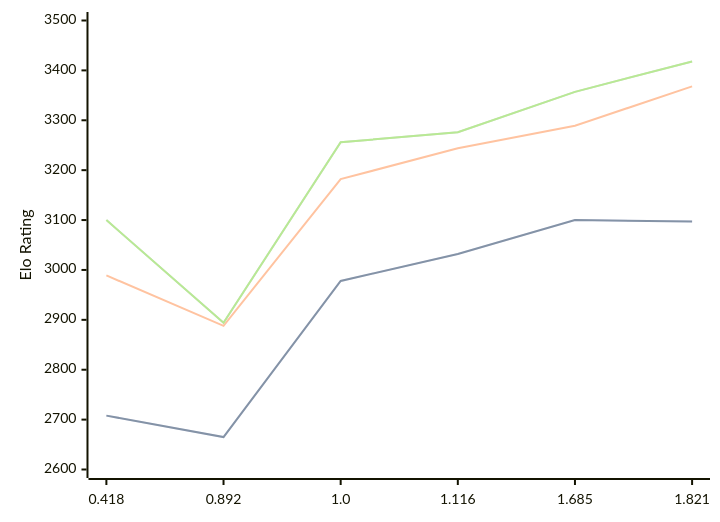
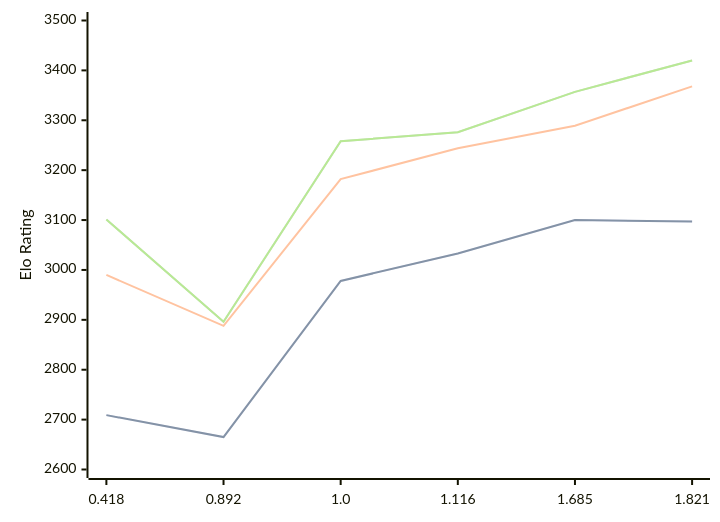
The diagram in engines/Malika.md (computer-chess-index/cci), drawn with Mermaid before and after one commit. The commit also changed other lines of this file, not shown here.

Commit message:
Update CCI Ratings (ELO VLTC) - 2026-08-29

````diff
--- a/engines/Malika.md
+++ b/engines/Malika.md
@@ -36,11 +36,11 @@
 ```mermaid
 %%{init: {"theme":"base","themeVariables":{"seriesColors:['#a3a3a3','#222221','#faa371']}}}%%
 xychart-beta
   x-axis ["0.418", "0.892", "1.0", "1.116", "1.685", "1.821"]
   y-axis "Elo Rating" 2600 --> 3500
-  line "" [2708, 2665, 2978, 3032, 3100, 3097]
-  line "STC (8.0+0.08s)" [2708, 2665, 2978, 3032, 3100, 3097]
-  line "LTC (60.0+0.60s)" [2989, 2888, 3182, 3244, 3289, 3368]
-  line "" [3100, 2894, 3256, 3276, 3357, 3418]
-  line "VLTC (2m24s+1.12s)" [3100, 2894, 3256, 3276, 3357, 3418]
+  line "" [2709, 2665, 2978, 3033, 3100, 3097]
+  line "STC (8.0+0.08s)" [2709, 2665, 2978, 3033, 3100, 3097]
+  line "LTC (60.0+0.60s)" [2990, 2888, 3182, 3244, 3289, 3368]
+  line "" [3101, 2896, 3258, 3276, 3357, 3420]
+  line "VLTC (2m24s+1.12s)" [3101, 2896, 3258, 3276, 3357, 3420]
 ```
````
